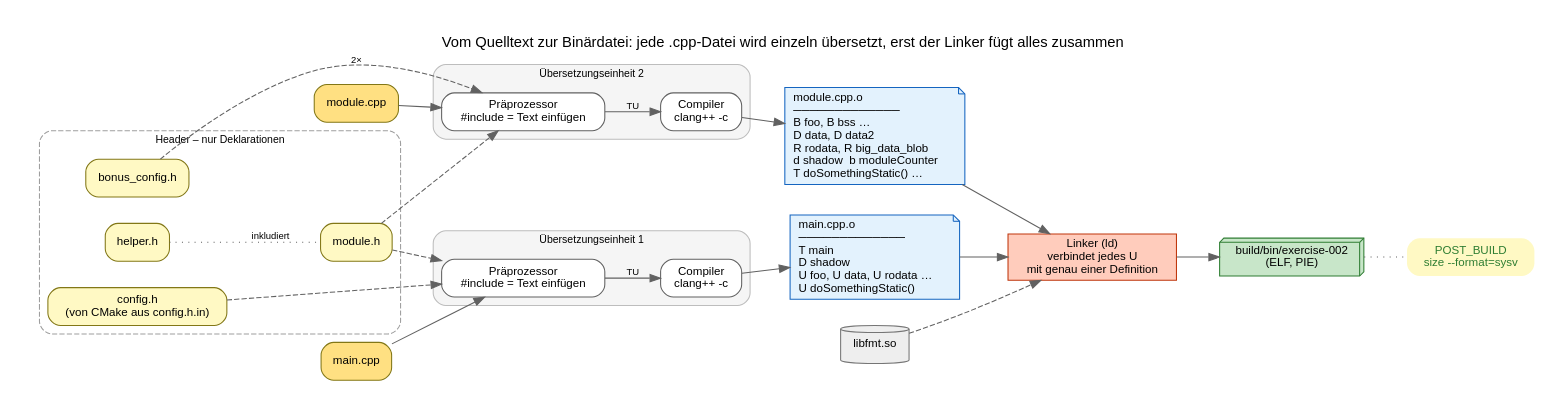
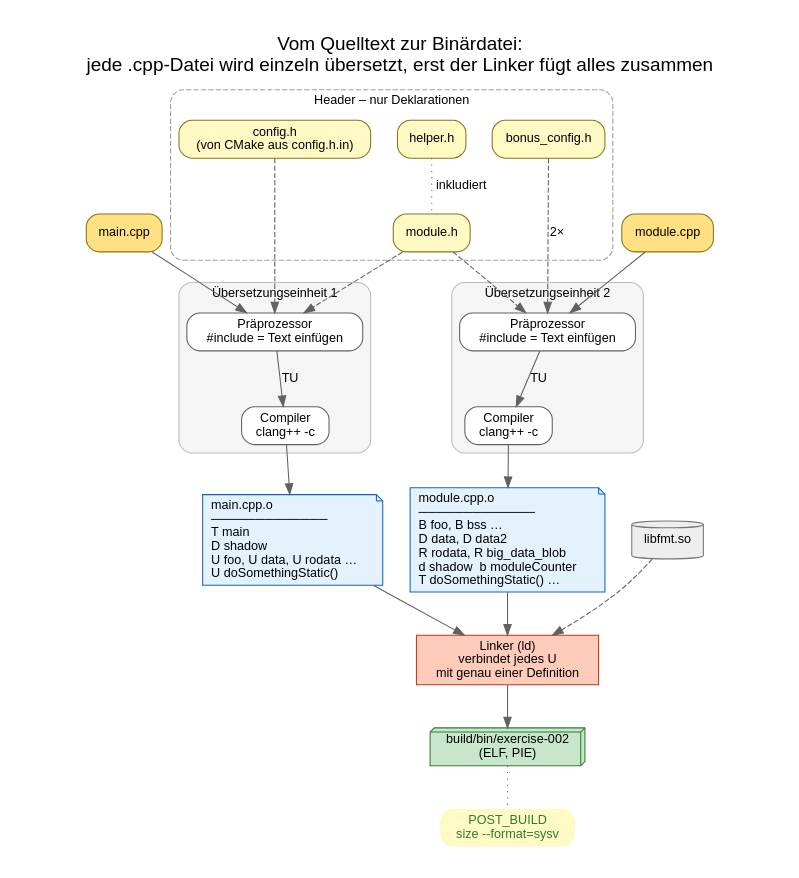
Before and after one commit to graugans/tea24: the diagram in exercise-002/doc/01_build.dot, drawn with Graphviz. The commit also changed 57 other files, not shown here.

First line of the commit message:
docs: make diagram text readable at page width

```diff
--- a/exercise-002/doc/01_build.dot
+++ b/exercise-002/doc/01_build.dot
@@ -1,54 +1,54 @@
 // Vom Quelltext zur Binärdatei – zwei Übersetzungseinheiten, ein Linker
 digraph build {
-    rankdir=LR;
+    rankdir=TB;
     graph [fontname="Helvetica", bgcolor="white", pad=0.3, nodesep=0.35, ranksep=0.55,
-           label="Vom Quelltext zur Binärdatei: jede .cpp-Datei wird einzeln übersetzt, erst der Linker fügt alles zusammen",
-           labelloc=t, fontsize=14];
-    node  [fontname="Helvetica", fontsize=11, shape=box, style="rounded,filled", fillcolor="#fff9c4", color="#827717"];
-    edge  [fontname="Helvetica", fontsize=9, color="#616161"];
+           label="Vom Quelltext zur Binärdatei:\njede .cpp-Datei wird einzeln übersetzt, erst der Linker fügt alles zusammen",
+           labelloc=t, fontsize=18];
+    node  [fontname="Helvetica", fontsize=12, shape=box, style="rounded,filled", fillcolor="#fff9c4", color="#827717"];
+    edge  [fontname="Helvetica", fontsize=12, color="#616161"];
 
     subgraph cluster_headers {
-        label="Header – nur Deklarationen"; fontsize=10; style="rounded,dashed"; color="#9e9e9e";
+        label="Header – nur Deklarationen"; fontsize=12; style="rounded,dashed"; color="#9e9e9e";
         module_h [label="module.h"];
         helper_h [label="helper.h"];
         bonus_h  [label="bonus_config.h"];
         config_h [label="config.h\n(von CMake aus config.h.in)"];
     }
 
     main_cpp   [label="main.cpp",   fillcolor="#ffe082"];
     module_cpp [label="module.cpp", fillcolor="#ffe082"];
 
     subgraph cluster_tu1 {
-        label="Übersetzungseinheit 1"; fontsize=10; style="rounded,filled"; fillcolor="#f5f5f5"; color="#bdbdbd";
+        label="Übersetzungseinheit 1"; fontsize=12; style="rounded,filled"; fillcolor="#f5f5f5"; color="#bdbdbd";
         pp1 [label="Präprozessor\n#include = Text einfügen", fillcolor="white", color="#616161"];
         cc1 [label="Compiler\nclang++ -c", fillcolor="white", color="#616161"];
         pp1 -> cc1 [label="TU"];
     }
     subgraph cluster_tu2 {
-        label="Übersetzungseinheit 2"; fontsize=10; style="rounded,filled"; fillcolor="#f5f5f5"; color="#bdbdbd";
+        label="Übersetzungseinheit 2"; fontsize=12; style="rounded,filled"; fillcolor="#f5f5f5"; color="#bdbdbd";
         pp2 [label="Präprozessor\n#include = Text einfügen", fillcolor="white", color="#616161"];
         cc2 [label="Compiler\nclang++ -c", fillcolor="white", color="#616161"];
         pp2 -> cc2 [label="TU"];
     }
 
     main_o [shape=note, style=filled, fillcolor="#e3f2fd", color="#1565c0",
             label="main.cpp.o\l─────────────\lT main\lD shadow\lU foo, U data, U rodata …\lU doSomethingStatic()\l"];
     module_o [shape=note, style=filled, fillcolor="#e3f2fd", color="#1565c0",
             label="module.cpp.o\l─────────────\lB foo, B bss …\lD data, D data2\lR rodata, R big_data_blob\ld shadow  b moduleCounter\lT doSomethingStatic() …\l"];
 
     ld  [label="Linker (ld)\nverbindet jedes U\nmit genau einer Definition", shape=box, style="filled", fillcolor="#ffccbc", color="#bf360c"];
     fmt [label="libfmt.so", shape=cylinder, style=filled, fillcolor="#eeeeee", color="#757575"];
     exe [label="build/bin/exercise-002\n(ELF, PIE)", shape=box3d, style=filled, fillcolor="#c8e6c9", color="#2e7d32"];
     size [label="POST_BUILD\nsize --format=sysv", shape=plaintext, fontcolor="#2e7d32"];
 
     main_cpp   -> pp1;
     module_cpp -> pp2;
     module_h -> pp1 [style=dashed]; config_h -> pp1 [style=dashed];
     module_h -> pp2 [style=dashed]; bonus_h  -> pp2 [style=dashed, label="2×"];
     helper_h -> module_h [style=dotted, arrowhead=none, label="inkludiert"];
     cc1 -> main_o;
     cc2 -> module_o;
     main_o -> ld; module_o -> ld; fmt -> ld [style=dashed];
     ld -> exe;
     exe -> size [style=dotted, arrowhead=none];
 }
```
